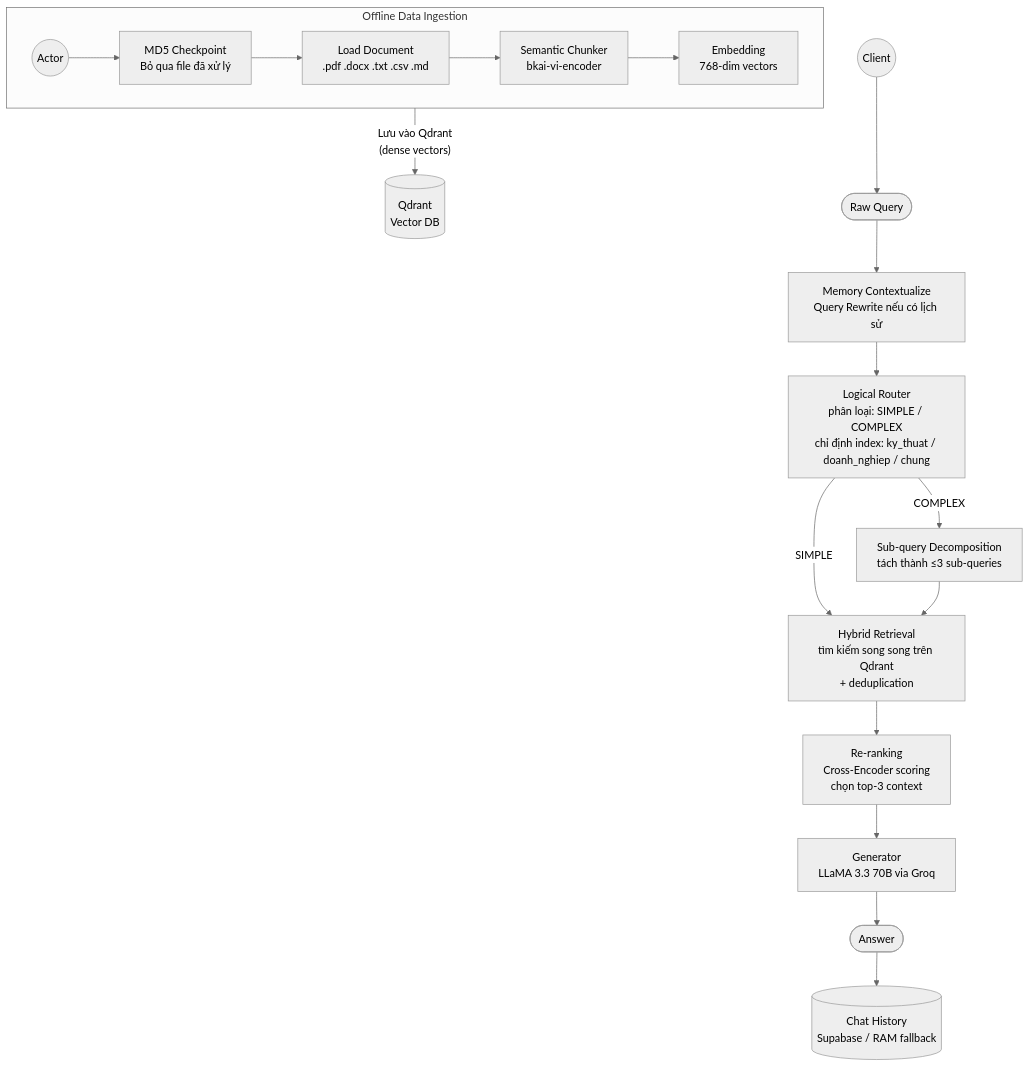
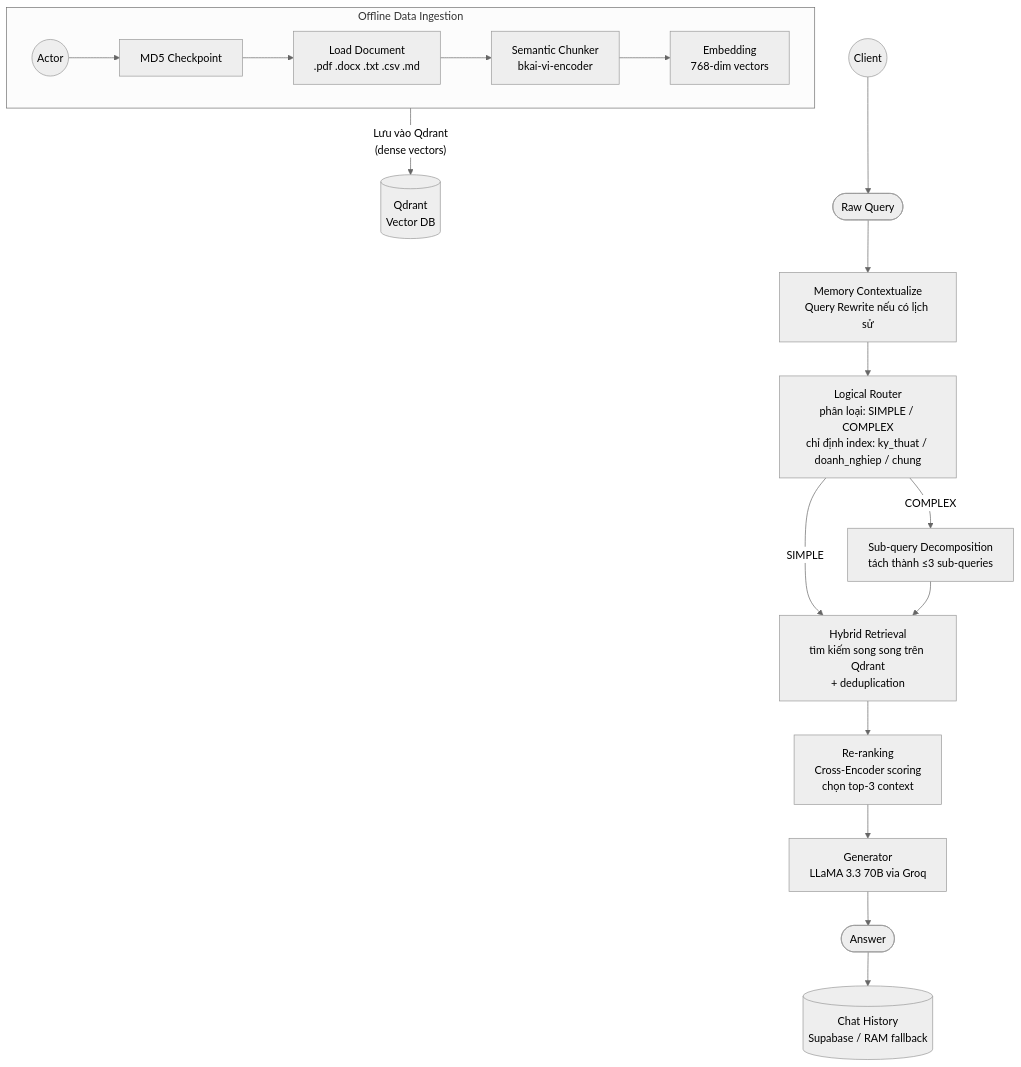
One commit to DusTran0804/Rag_ChatBot changed the diagram in README.md. Above: the diagram before and after it, drawn with Mermaid (neutral theme).

````diff
--- a/README.md
+++ b/README.md
@@ -23,30 +23,30 @@
 ```mermaid
 flowchart TD
     %% Ingestion Pipeline
     subgraph Ingestion ["Offline Data Ingestion"]
         direction LR
-        A1((Actor)) --> B1[MD5 Checkpoint\nBỏ qua file đã xử lý]
+        A1((Actor)) --> B1[MD5 Checkpoint]
         B1 --> B2[Load Document\n.pdf .docx .txt .csv .md]
         B2 --> C1[Semantic Chunker\nbkai-vi-encoder]
         C1 --> D1[Embedding\n768-dim vectors]
     end
 
     D1 -- "Lưu vào Qdrant\n(dense vectors)" --> VDB[(Qdrant\nVector DB)]
 
     %% Query Pipeline
     U1((Client)) --> Q1([Raw Query])
 
     Q1 --> MEM["Memory Contextualize\nQuery Rewrite nếu có lịch sử"]
     MEM --> QR["Logical Router\nphân loại: SIMPLE / COMPLEX\nchỉ định index: ky_thuat / doanh_nghiep / chung"]
 
     QR -- "SIMPLE" --> RET
     QR -- "COMPLEX" --> QT["Sub-query Decomposition\ntách thành ≤3 sub-queries"]
     QT --> RET
 
     RET["Hybrid Retrieval\ntìm kiếm song song trên Qdrant\n+ deduplication"] --> RRK["Re-ranking\nCross-Encoder scoring\nchọn top-3 context"]
 
     RRK --> GEN["Generator\nLLaMA 3.3 70B via Groq"]
     GEN --> ANS([Answer])
 
     ANS --> DB[("Chat History\nSupabase / RAM fallback")]
 ```
````
